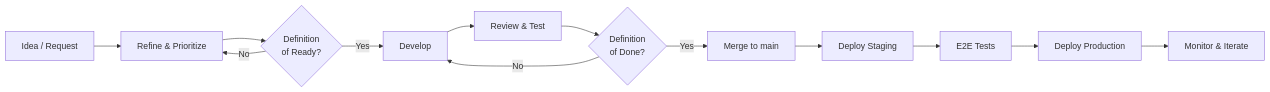
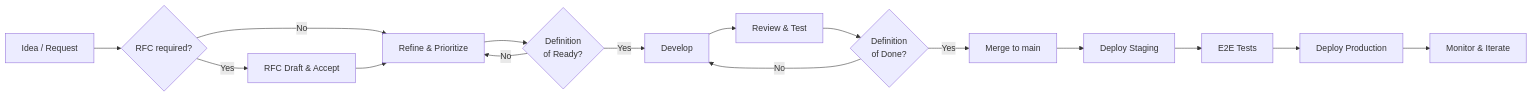
One commit to abhishekthatguy/luxflow-ai changed the diagram in .ai/handbook/development-lifecycle.md. Above: the diagram before and after it, drawn with Mermaid. The commit also changed other lines of this file and 37 other files, not shown here.

````diff
--- a/.ai/handbook/development-lifecycle.md
+++ b/.ai/handbook/development-lifecycle.md
@@ -16,15 +16,18 @@
 ```mermaid
 flowchart LR
-    IDEA[Idea / Request] --> REFINE[Refine & Prioritize]
+    IDEA[Idea / Request] --> RFC{RFC required?}
+    RFC -->|Yes| RFCD[RFC Draft & Accept]
+    RFC -->|No| REFINE[Refine & Prioritize]
+    RFCD --> REFINE
     REFINE --> DOR{Definition<br/>of Ready?}
     DOR -->|No| REFINE
     DOR -->|Yes| DEV[Develop]
     DEV --> REVIEW[Review & Test]
     REVIEW --> DOD{Definition<br/>of Done?}
     DOD -->|No| DEV
     DOD -->|Yes| MERGE[Merge to main]
     MERGE --> STG[Deploy Staging]
     STG --> E2E[E2E Tests]
     E2E --> PROD[Deploy Production]
     PROD --> MONITOR[Monitor & Iterate]
 ```
````
